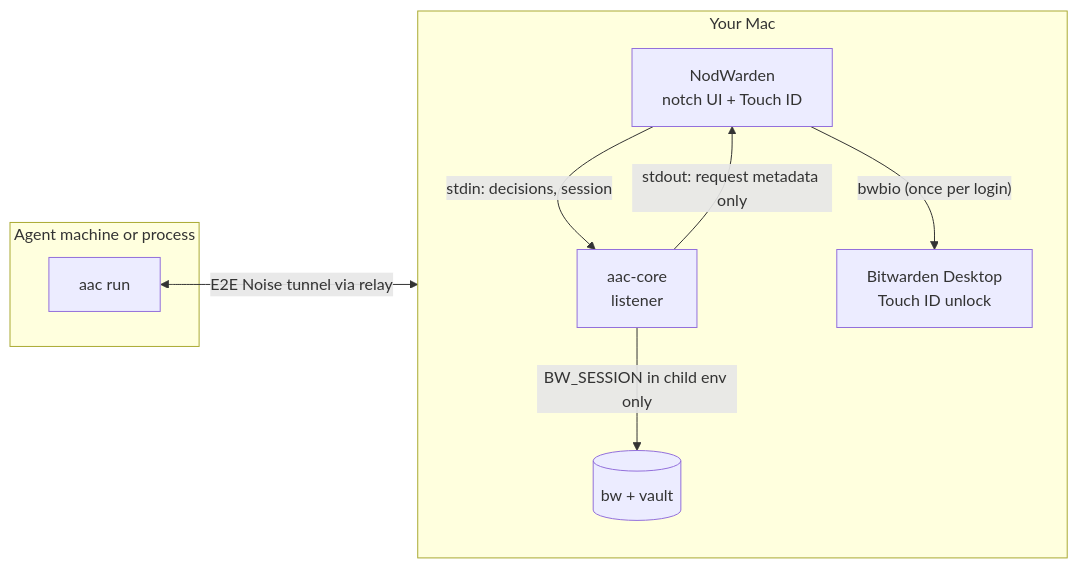
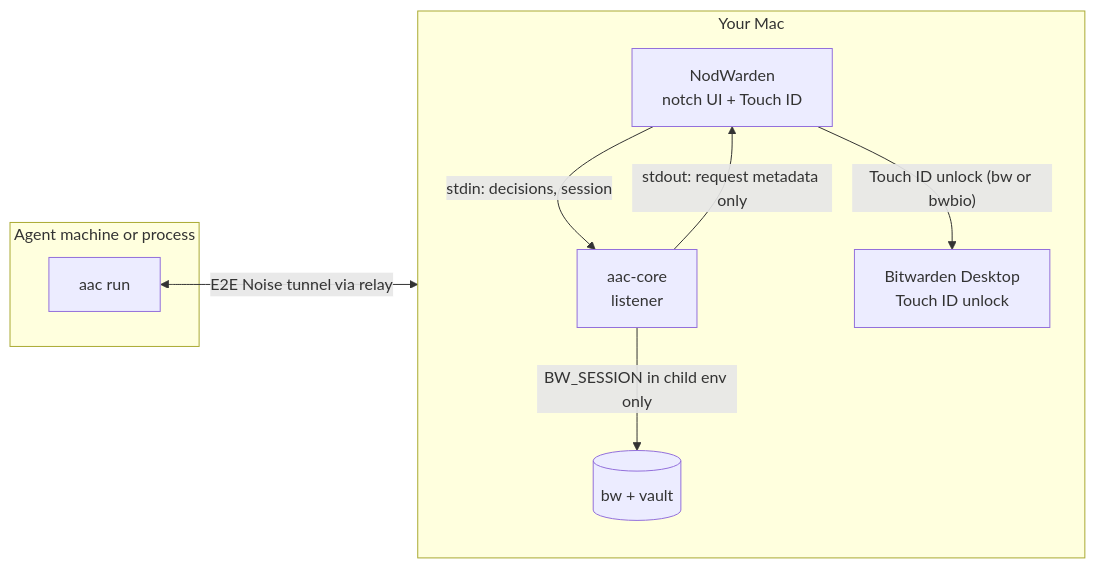
The second of 2 diagrams in README.md (arhen/nodwarden), drawn with Mermaid before and after one commit. The commit also changed other lines of this file and 4 other files, not shown here.

Commit message:
Use official bw Touch ID unlock when available, bwbio as fallback

````diff
--- a/README.md
+++ b/README.md
@@ -109,18 +109,18 @@
 ```mermaid
 flowchart LR
     subgraph agent["Agent machine or process"]
         AAC["aac run"]
     end
     subgraph mac["Your Mac"]
         direction TB
         N["NodWarden<br/>notch UI + Touch ID"]
         C["aac-core<br/>listener"]
         BW[("bw + vault")]
         D["Bitwarden Desktop<br/>Touch ID unlock"]
         N -- "stdin: decisions, session" --> C
         C -- "stdout: request metadata only" --> N
         C -- "BW_SESSION in child env only" --> BW
-        N -- "bwbio (once per login)" --> D
+        N -- "Touch ID unlock (bw or bwbio)" --> D
     end
     AAC <-- "E2E Noise tunnel via relay" --> C
 ```
````
